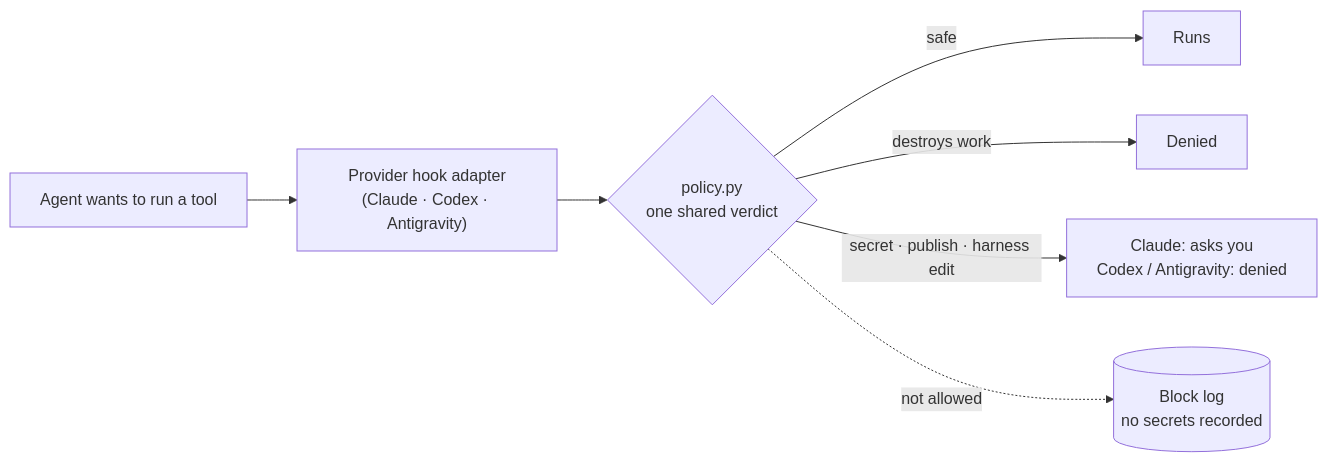
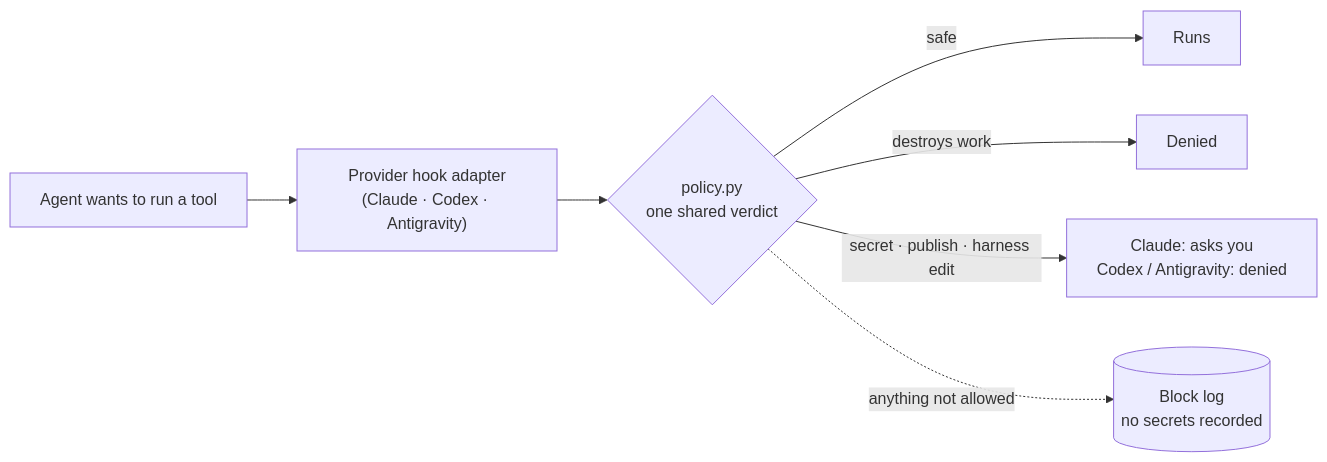
One commit to egoxx1/unified-master-harness changed the diagram in README.md. Above: the diagram before and after it, drawn with Mermaid. The commit also changed other lines of this file and 1 other file, not shown here.

````diff
--- a/README.md
+++ b/README.md
@@ -48,9 +77,9 @@
 ```mermaid
 flowchart LR
     A["Agent wants to run a tool"] --> B["Provider hook adapter<br/>(Claude · Codex · Antigravity)"]
     B --> C{"policy.py<br/>one shared verdict"}
     C -->|safe| D["Runs"]
     C -->|destroys work| E["Denied"]
     C -->|secret · publish · harness edit| F["Claude: asks you<br/>Codex / Antigravity: denied"]
-    C -.->|not allowed| G[("Block log<br/>no secrets recorded")]
+    C -.->|anything not allowed| G[("Block log<br/>no secrets recorded")]
 ```
````
